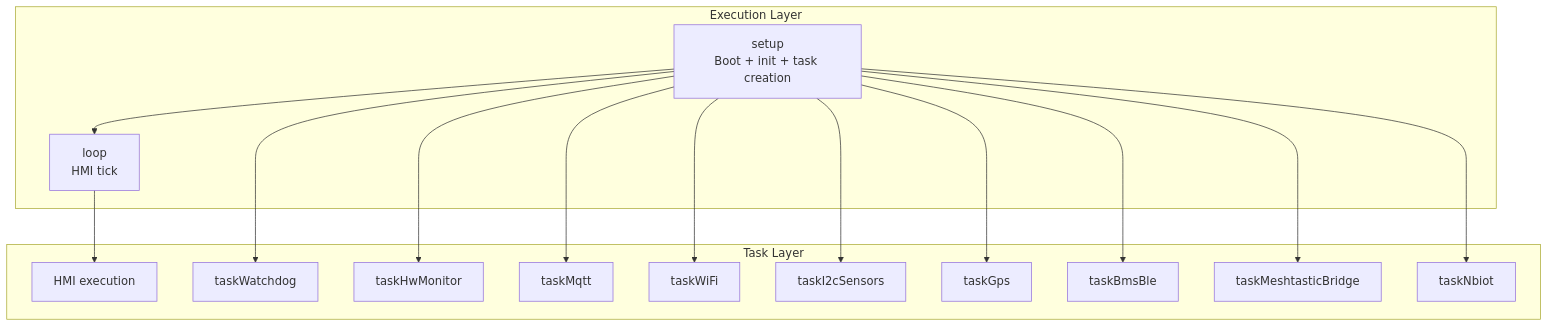
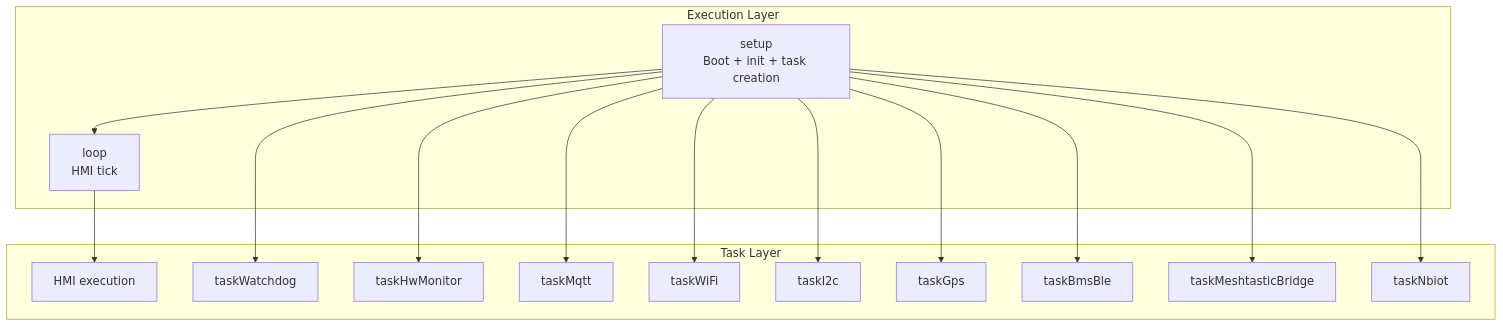
Before and after one commit to lburais/SmartFranklin: the diagram in README.md, drawn with Mermaid. The commit also changed other lines of this file and 7 other files, not shown here.

````diff
--- a/README.md
+++ b/README.md
@@ -21,32 +21,32 @@
 ```mermaid
 flowchart TD
     subgraph L1[Execution Layer]
         SETUP[setup\nBoot + init + task creation]
         LOOP[loop\nHMI tick]
     end
 
     subgraph L2[Task Layer]
         T_HMI[HMI execution]
         T_WD[taskWatchdog]
         T_HW[taskHwMonitor]
         T_MQTT[taskMqtt]
         T_WIFI[taskWiFi]
-        T_I2C[taskI2cSensors]
+        T_I2C[taskI2c]
         T_GPS[taskGps]
         T_BMS[taskBmsBle]
         T_MESH[taskMeshtasticBridge]
         T_NBIOT[taskNbiot]
     end
 
     SETUP --> LOOP
     LOOP --> T_HMI
     SETUP --> T_WD
     SETUP --> T_HW
     SETUP --> T_MQTT
     SETUP --> T_WIFI
     SETUP --> T_I2C
     SETUP --> T_GPS
     SETUP --> T_BMS
     SETUP --> T_MESH
     SETUP --> T_NBIOT
 ```
````
